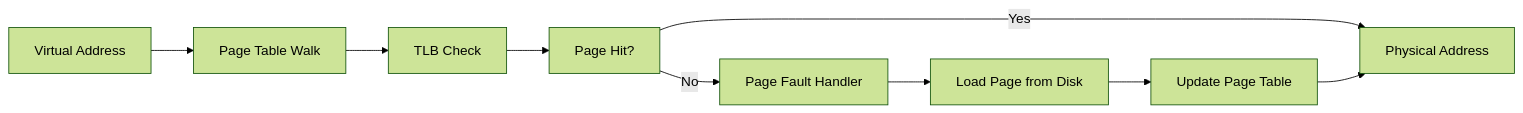
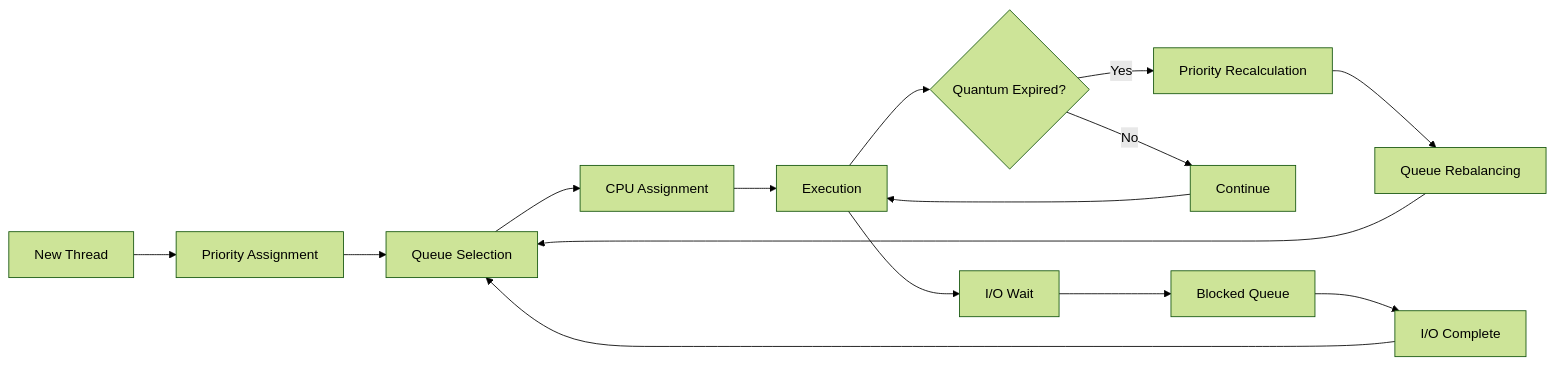
One commit to Isha-Das-06/VectorFlow-OS changed the second of 15 diagrams in README.md. Above: the diagram before and after it, drawn with Mermaid (forest theme). The commit also changed other lines of this file, not shown here.

````diff
--- a/README.md
+++ b/README.md
@@ -118,11 +98,17 @@
 ```mermaid
 graph LR
-    A[Virtual Address] --> B[Page Table Walk]
-    B --> C[TLB Check]
-    C --> D[Page Hit?]
-    D -->|Yes| E[Physical Address]
-    D -->|No| F[Page Fault Handler]
-    F --> G[Load Page from Disk]
-    G --> H[Update Page Table]
+    A[New Thread] --> B[Priority Assignment]
+    B --> C[Queue Selection]
+    C --> D[CPU Assignment]
+    D --> E[Execution]
+    E --> F{Quantum Expired?}
+    F -->|Yes| G[Priority Recalculation]
+    F -->|No| H[Continue]
+    G --> I[Queue Rebalancing]
+    I --> C
     H --> E
+    E --> J[I/O Wait]
+    J --> K[Blocked Queue]
+    K --> L[I/O Complete]
+    L --> C
 ```
````
